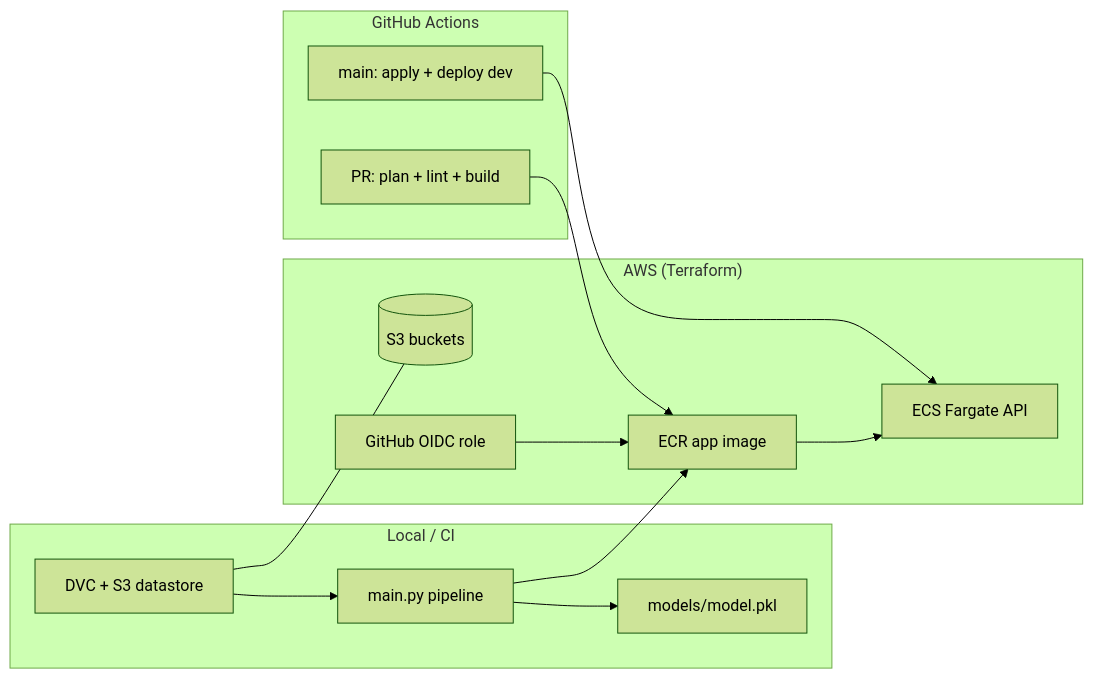
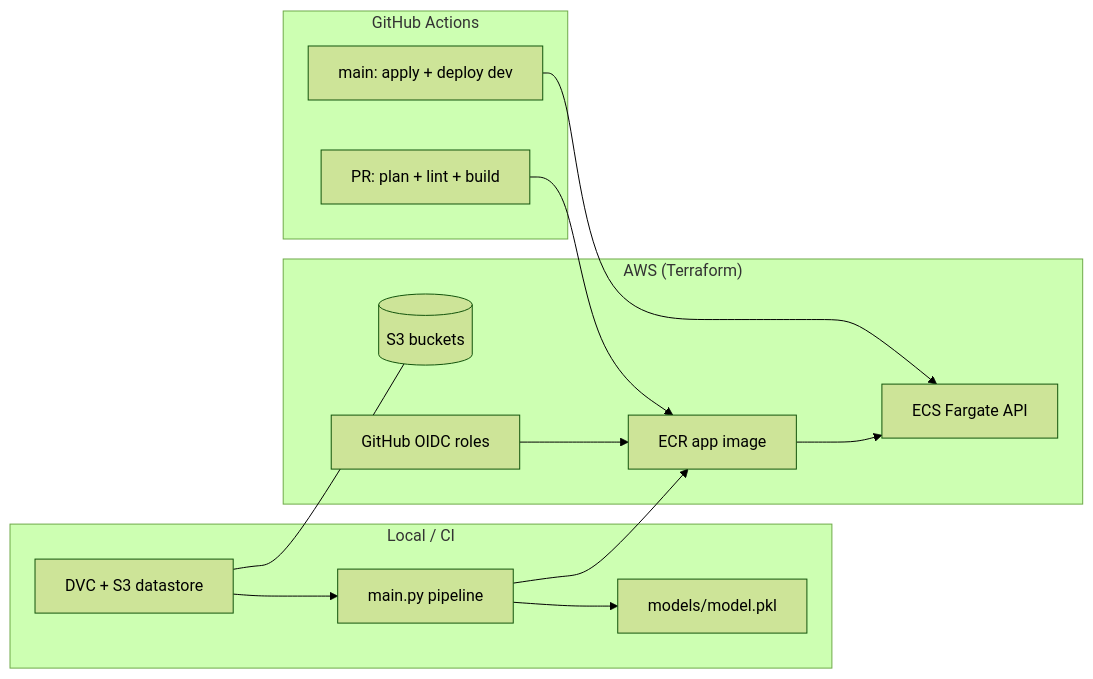
The diagram in README.md (andreea-itu/MLOps), drawn with Mermaid (forest theme) before and after one commit. The commit also changed other lines of this file and 4 other files, not shown here.

````diff
--- a/README.md
+++ b/README.md
@@ -13,25 +13,25 @@
 ```mermaid
 flowchart LR
   subgraph dev["Local / CI"]
     DVC[DVC + S3 datastore]
     Train[main.py pipeline]
     Model[models/model.pkl]
     DVC --> Train --> Model
   end
   subgraph aws["AWS (Terraform)"]
     S3[(S3 buckets)]
     ECR[ECR app image]
     ECS[ECS Fargate API]
-    OIDC[GitHub OIDC role]
+    OIDC[GitHub OIDC roles]
   end
   subgraph cicd["GitHub Actions"]
     PR[PR: plan + lint + build]
     Main[main: apply + deploy dev]
   end
   Train --> ECR
   ECR --> ECS
   DVC --- S3
   OIDC --> ECR
   PR --> ECR
   Main --> ECS
 ```
````
